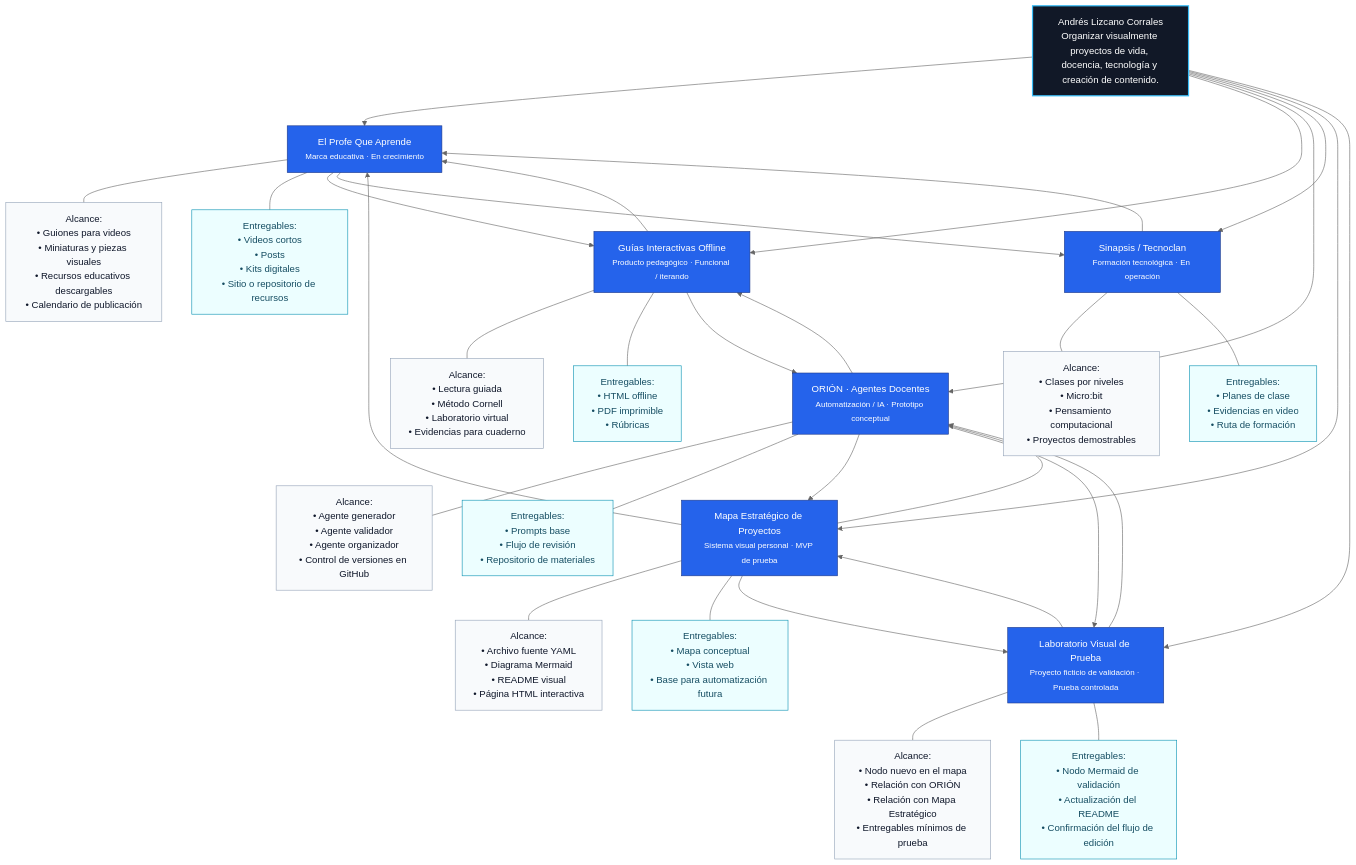
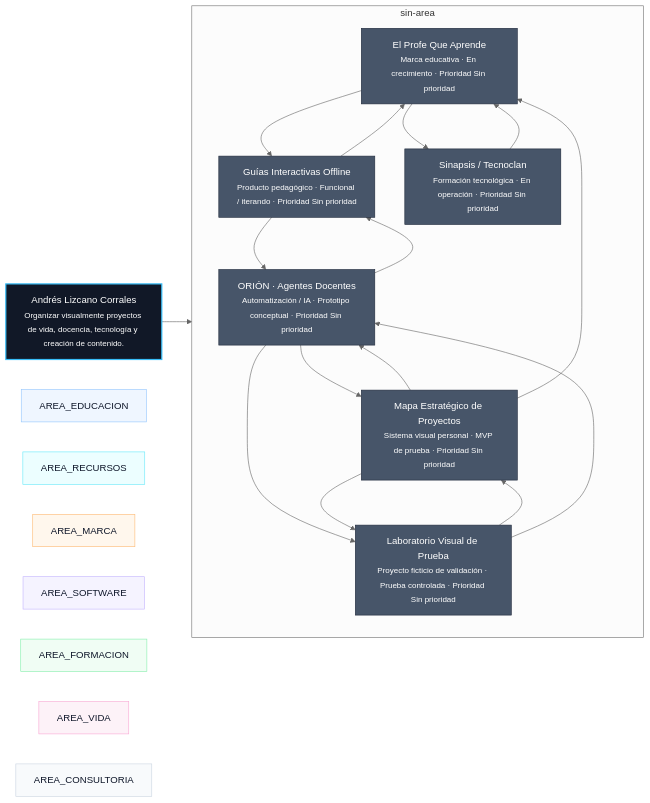
One commit to Anfaliz1703/Mapa-Estrategico-de-Proyectos changed the diagram in docs/mapa.mmd. Above: the diagram before and after it, drawn with Mermaid (neutral theme).

Commit message:
Actualizar mapa Mermaid generado

```diff
--- a/docs/mapa.mmd
+++ b/docs/mapa.mmd
@@ -1,40 +1,43 @@
-flowchart TD
-    CENTRO["Andrés Lizcano Corrales<br/>Organizar visualmente proyectos de vida, docencia, tecnología y creación de contenido."]:::center
+flowchart LR
+    CENTRO["Andrés Lizcano Corrales<br/><small>Organizar visualmente proyectos de vida, docencia, tecnología y creación de contenido.</small>"]:::center
 
-    CENTRO --> EPQA["El Profe Que Aprende<br/><small>Marca educativa · En crecimiento</small>"]:::project
-    EPQA --- EPQA_ALCANCE["Alcance:<br/>• Guiones para videos<br/>• Miniaturas y piezas visuales<br/>• Recursos educativos descargables<br/>• Calendario de publicación"]:::scope
-    EPQA --- EPQA_ENTREGABLES["Entregables:<br/>• Videos cortos<br/>• Posts<br/>• Kits digitales<br/>• Sitio o repositorio de recursos"]:::deliverable
-    CENTRO --> GUIAS_INTERACTIVAS["Guías Interactivas Offline<br/><small>Producto pedagógico · Funcional / iterando</small>"]:::project
-    GUIAS_INTERACTIVAS --- GUIAS_INTERACTIVAS_ALCANCE["Alcance:<br/>• Lectura guiada<br/>• Método Cornell<br/>• Laboratorio virtual<br/>• Evidencias para cuaderno"]:::scope
-    GUIAS_INTERACTIVAS --- GUIAS_INTERACTIVAS_ENTREGABLES["Entregables:<br/>• HTML offline<br/>• PDF imprimible<br/>• Rúbricas"]:::deliverable
-    CENTRO --> ORION_AGENTES["ORIÓN · Agentes Docentes<br/><small>Automatización / IA · Prototipo conceptual</small>"]:::project
-    ORION_AGENTES --- ORION_AGENTES_ALCANCE["Alcance:<br/>• Agente generador<br/>• Agente validador<br/>• Agente organizador<br/>• Control de versiones en GitHub"]:::scope
-    ORION_AGENTES --- ORION_AGENTES_ENTREGABLES["Entregables:<br/>• Prompts base<br/>• Flujo de revisión<br/>• Repositorio de materiales"]:::deliverable
-    CENTRO --> SINAPSIS["Sinapsis / Tecnoclan<br/><small>Formación tecnológica · En operación</small>"]:::project
-    SINAPSIS --- SINAPSIS_ALCANCE["Alcance:<br/>• Clases por niveles<br/>• Micro:bit<br/>• Pensamiento computacional<br/>• Proyectos demostrables"]:::scope
-    SINAPSIS --- SINAPSIS_ENTREGABLES["Entregables:<br/>• Planes de clase<br/>• Evidencias en video<br/>• Ruta de formación"]:::deliverable
-    CENTRO --> MAPA_ESTRATEGICO["Mapa Estratégico de Proyectos<br/><small>Sistema visual personal · MVP de prueba</small>"]:::project
-    MAPA_ESTRATEGICO --- MAPA_ESTRATEGICO_ALCANCE["Alcance:<br/>• Archivo fuente YAML<br/>• Diagrama Mermaid<br/>• README visual<br/>• Página HTML interactiva"]:::scope
-    MAPA_ESTRATEGICO --- MAPA_ESTRATEGICO_ENTREGABLES["Entregables:<br/>• Mapa conceptual<br/>• Vista web<br/>• Base para automatización futura"]:::deliverable
-    CENTRO --> LABORATORIO_VISUAL_PRUEBA["Laboratorio Visual de Prueba<br/><small>Proyecto ficticio de validación · Prueba controlada</small>"]:::project
-    LABORATORIO_VISUAL_PRUEBA --- LABORATORIO_VISUAL_PRUEBA_ALCANCE["Alcance:<br/>• Nodo nuevo en el mapa<br/>• Relación con ORIÓN<br/>• Relación con Mapa Estratégico<br/>• Entregables mínimos de prueba"]:::scope
-    LABORATORIO_VISUAL_PRUEBA --- LABORATORIO_VISUAL_PRUEBA_ENTREGABLES["Entregables:<br/>• Nodo Mermaid de validación<br/>• Actualización del README<br/>• Confirmación del flujo de edición"]:::deliverable
+    subgraph AREA_SIN_AREA["sin-area"]
+        EPQA["El Profe Que Aprende<br/><small>Marca educativa · En crecimiento · Prioridad Sin prioridad</small>"]:::project
+        GUIAS_INTERACTIVAS["Guías Interactivas Offline<br/><small>Producto pedagógico · Funcional / iterando · Prioridad Sin prioridad</small>"]:::project
+        ORION_AGENTES["ORIÓN · Agentes Docentes<br/><small>Automatización / IA · Prototipo conceptual · Prioridad Sin prioridad</small>"]:::project
+        SINAPSIS["Sinapsis / Tecnoclan<br/><small>Formación tecnológica · En operación · Prioridad Sin prioridad</small>"]:::project
+        MAPA_ESTRATEGICO["Mapa Estratégico de Proyectos<br/><small>Sistema visual personal · MVP de prueba · Prioridad Sin prioridad</small>"]:::project
+        LABORATORIO_VISUAL_PRUEBA["Laboratorio Visual de Prueba<br/><small>Proyecto ficticio de validación · Prueba controlada · Prioridad Sin prioridad</small>"]:::project
+    end
+    CENTRO --> AREA_SIN_AREA
 
+    %% Relaciones entre proyectos
     EPQA --> GUIAS_INTERACTIVAS
     EPQA --> SINAPSIS
     GUIAS_INTERACTIVAS --> ORION_AGENTES
     GUIAS_INTERACTIVAS --> EPQA
     ORION_AGENTES --> GUIAS_INTERACTIVAS
     ORION_AGENTES --> MAPA_ESTRATEGICO
     ORION_AGENTES --> LABORATORIO_VISUAL_PRUEBA
     SINAPSIS --> EPQA
     MAPA_ESTRATEGICO --> ORION_AGENTES
     MAPA_ESTRATEGICO --> EPQA
     MAPA_ESTRATEGICO --> LABORATORIO_VISUAL_PRUEBA
     LABORATORIO_VISUAL_PRUEBA --> MAPA_ESTRATEGICO
     LABORATORIO_VISUAL_PRUEBA --> ORION_AGENTES
 
+    %% Próximas acciones
+
     classDef center fill:#111827,stroke:#38bdf8,color:#ffffff,stroke-width:2px;
-    classDef project fill:#2563eb,stroke:#1e3a8a,color:#ffffff;
-    classDef scope fill:#f8fafc,stroke:#94a3b8,color:#0f172a;
-    classDef deliverable fill:#ecfeff,stroke:#0891b2,color:#164e63;
+    classDef alta fill:#2563eb,stroke:#1e3a8a,color:#ffffff,stroke-width:2px;
+    classDef media fill:#0f766e,stroke:#134e4a,color:#ffffff;
+    classDef baja fill:#64748b,stroke:#334155,color:#ffffff;
+    classDef project fill:#475569,stroke:#1e293b,color:#ffffff;
+    classDef next fill:#f8fafc,stroke:#94a3b8,color:#0f172a;
+    style AREA_EDUCACION fill:#eff6ff,stroke:#93c5fd,color:#0f172a
+    style AREA_RECURSOS fill:#ecfeff,stroke:#67e8f9,color:#0f172a
+    style AREA_MARCA fill:#fff7ed,stroke:#fdba74,color:#0f172a
+    style AREA_SOFTWARE fill:#f5f3ff,stroke:#c4b5fd,color:#0f172a
+    style AREA_FORMACION fill:#f0fdf4,stroke:#86efac,color:#0f172a
+    style AREA_VIDA fill:#fdf2f8,stroke:#f9a8d4,color:#0f172a
+    style AREA_CONSULTORIA fill:#f8fafc,stroke:#cbd5e1,color:#0f172a
```
